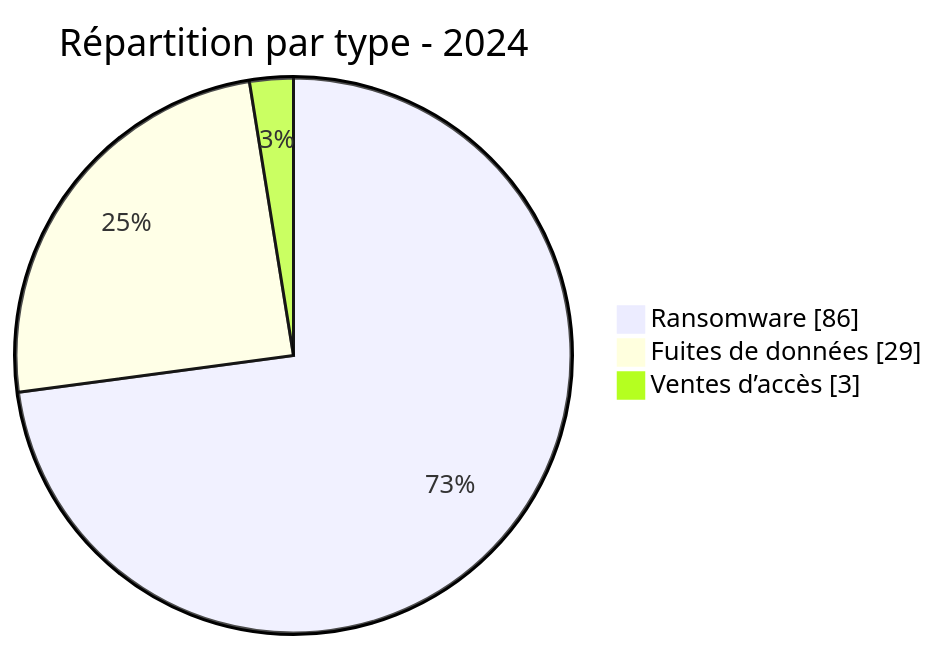
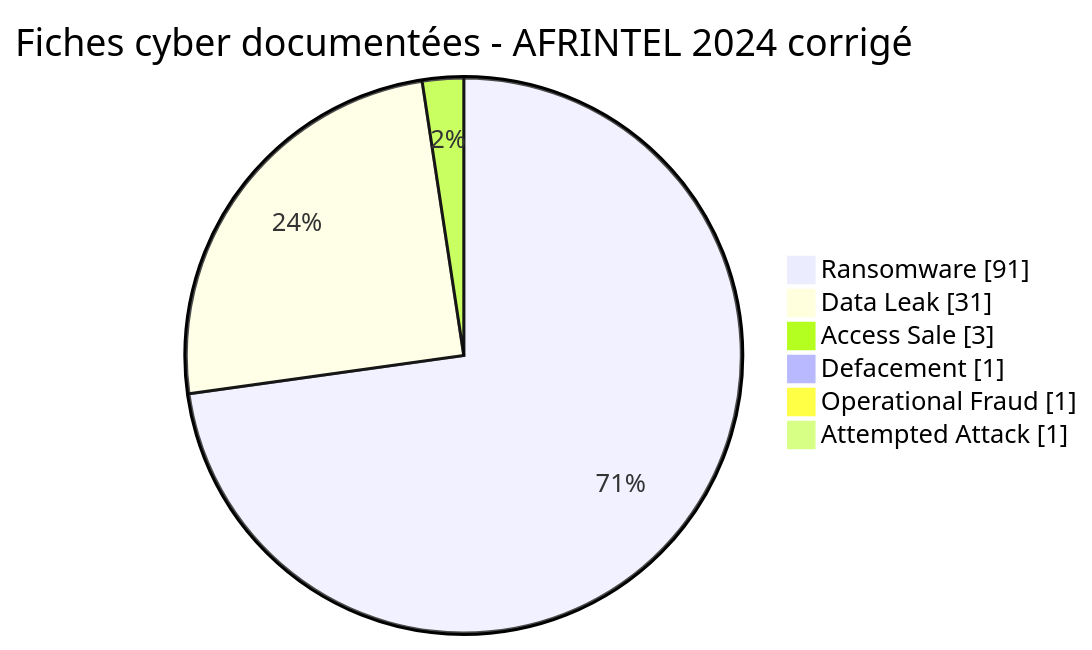
The first of 3 diagrams in CyberAttackAfrica/2024/README_FR.md (Hatchepsoute/AFRINTEL), drawn with Mermaid before and after one commit. The commit also changed other lines of this file and 60 other files, not shown here.

````diff
--- a/CyberAttackAfrica/2024/README_FR.md
+++ b/CyberAttackAfrica/2024/README_FR.md
@@ -66,7 +62,10 @@
 ```mermaid
 pie showData
-    title Répartition par type - 2024
-    "Ransomware" : 86
-    "Fuites de données" : 29
-    "Ventes d’accès" : 3
+    title Fiches cyber documentées - AFRINTEL 2024 corrigé
+    "Ransomware" : 91
+    "Data Leak" : 31
+    "Access Sale" : 3
+    "Defacement" : 1
+    "Operational Fraud" : 1
+    "Attempted Attack" : 1
 ```
````
